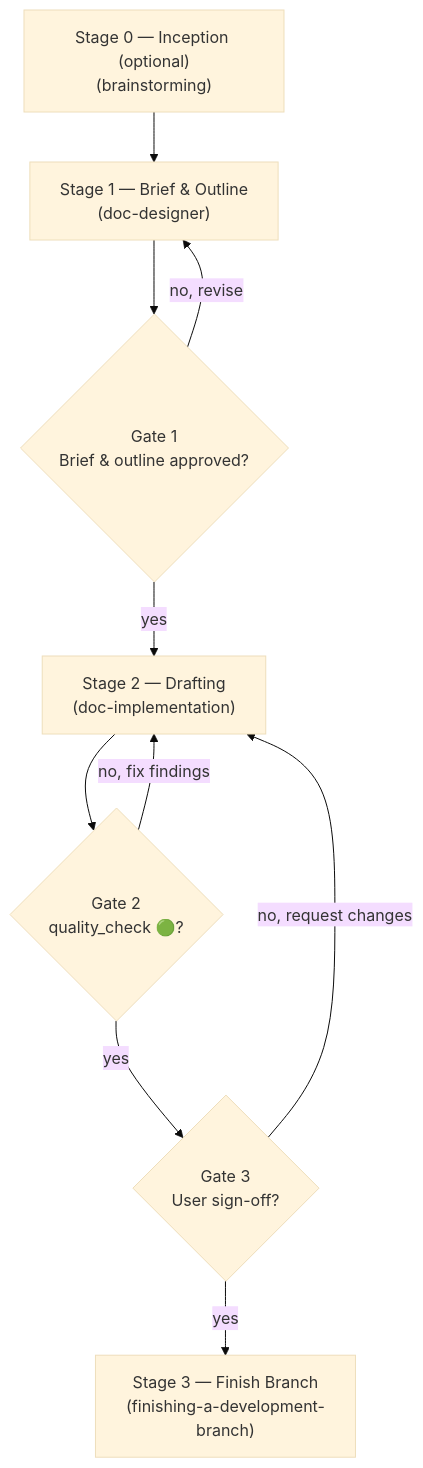
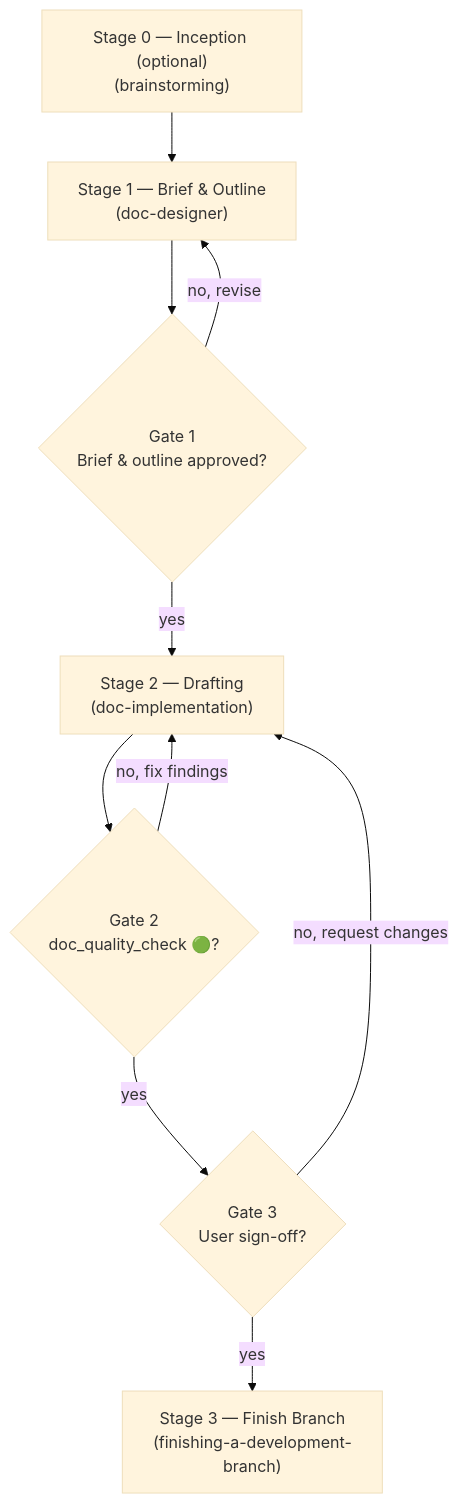
The diagram in skills/doc-lifecycle/SKILL.md (DanhDue/ai-agent-tools), drawn with Mermaid (base theme) before and after one commit. The commit also changed other lines of this file and 2 other files, not shown here.

First line of the commit message:
[DOC_LIFECYCLE] Remove the last two references from doc-lifecycle to the development gate

````diff
--- a/skills/doc-lifecycle/SKILL.md
+++ b/skills/doc-lifecycle/SKILL.md
@@ -36,20 +36,20 @@
 ```mermaid
 flowchart TD
     S0["Stage 0 — Inception (optional)<br/>(brainstorming)"]
     S1["Stage 1 — Brief &amp; Outline<br/>(doc-designer)"]
     G1{"Gate 1<br/>Brief &amp; outline approved?"}
     S2["Stage 2 — Drafting<br/>(doc-implementation)"]
-    G2{"Gate 2<br/>quality_check 🟢?"}
+    G2{"Gate 2<br/>doc_quality_check 🟢?"}
     G3{"Gate 3<br/>User sign-off?"}
     S3["Stage 3 — Finish Branch<br/>(finishing-a-development-branch)"]
 
     S0 --> S1
     S1 --> G1
     G1 -->|no, revise| S1
     G1 -->|yes| S2
     S2 --> G2
     G2 -->|no, fix findings| S2
     G2 -->|yes| G3
     G3 -->|no, request changes| S2
     G3 -->|yes| S3
 ```
````
